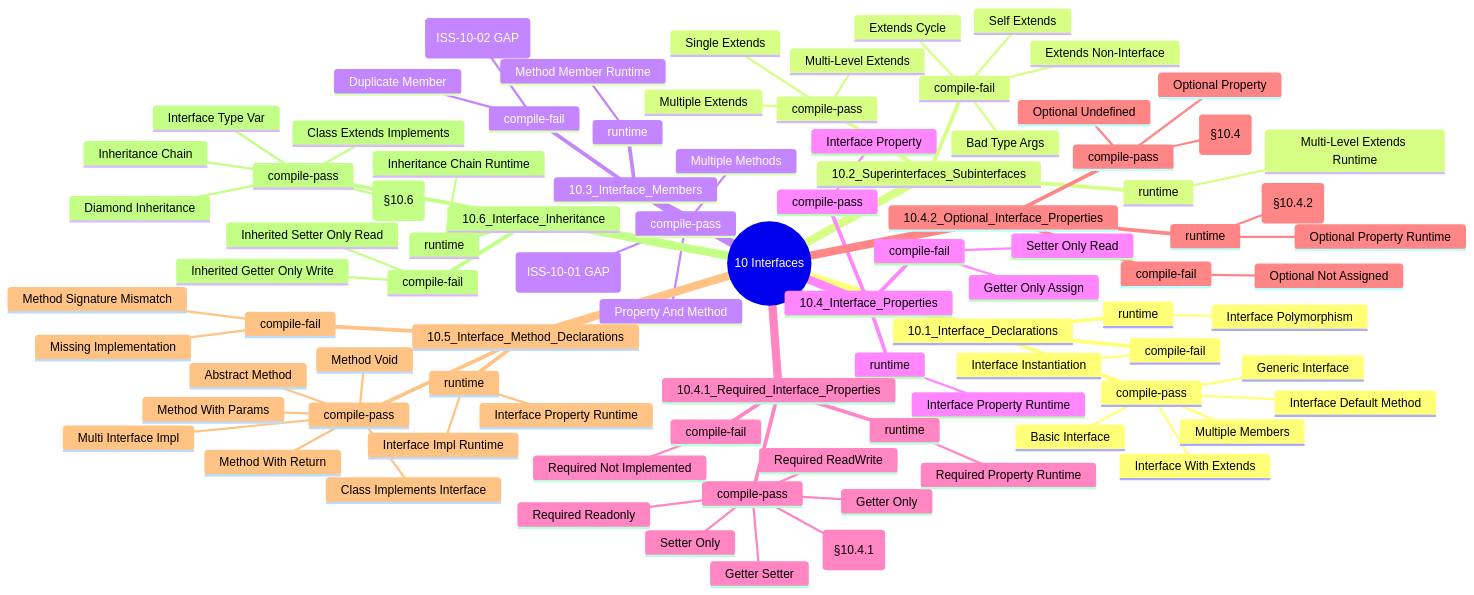
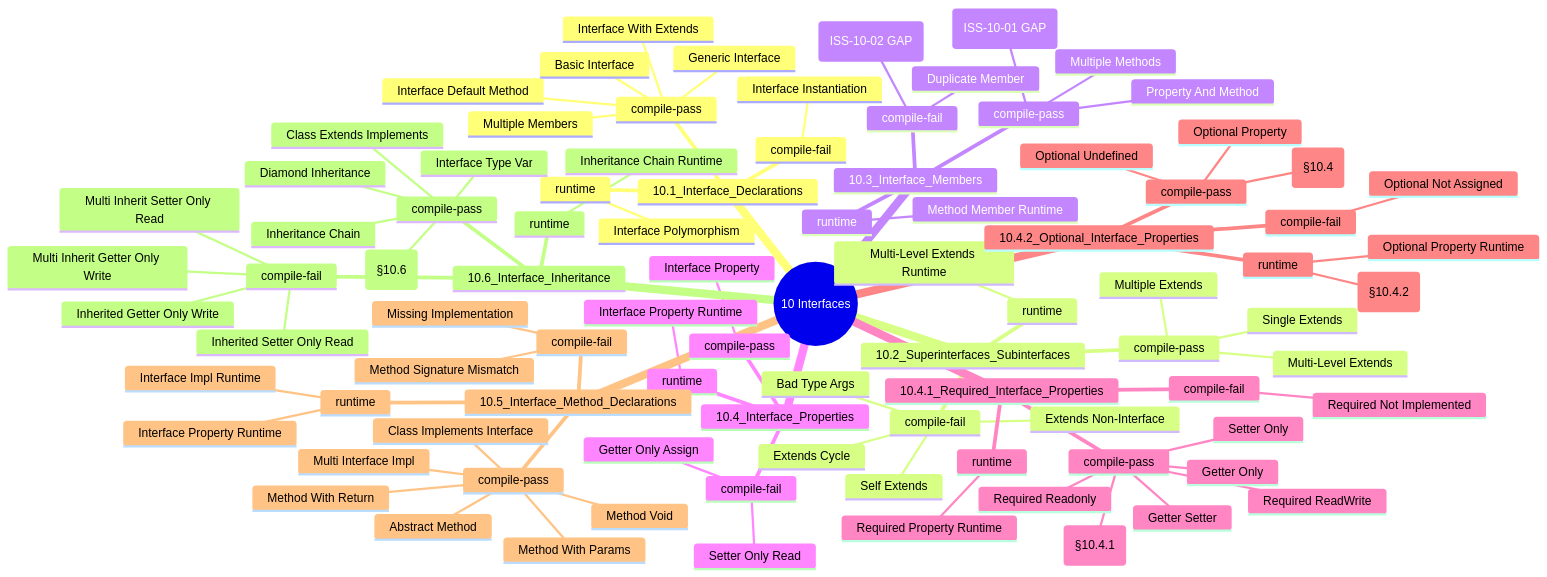
One commit to XHL0320/arkts-static-spec changed the diagram in 10_Interfaces/test_design_mindmap.md. Above: the diagram before and after it, drawn with Mermaid. The commit also changed 67 other files, not shown here.

````diff
--- a/10_Interfaces/test_design_mindmap.md
+++ b/10_Interfaces/test_design_mindmap.md
@@ -90,6 +90,8 @@
       compile-fail
         Inherited Getter Only Write
         Inherited Setter Only Read
+        Multi Inherit Setter Only Read
+        Multi Inherit Getter Only Write
       runtime
         Inheritance Chain Runtime
 ```
````
